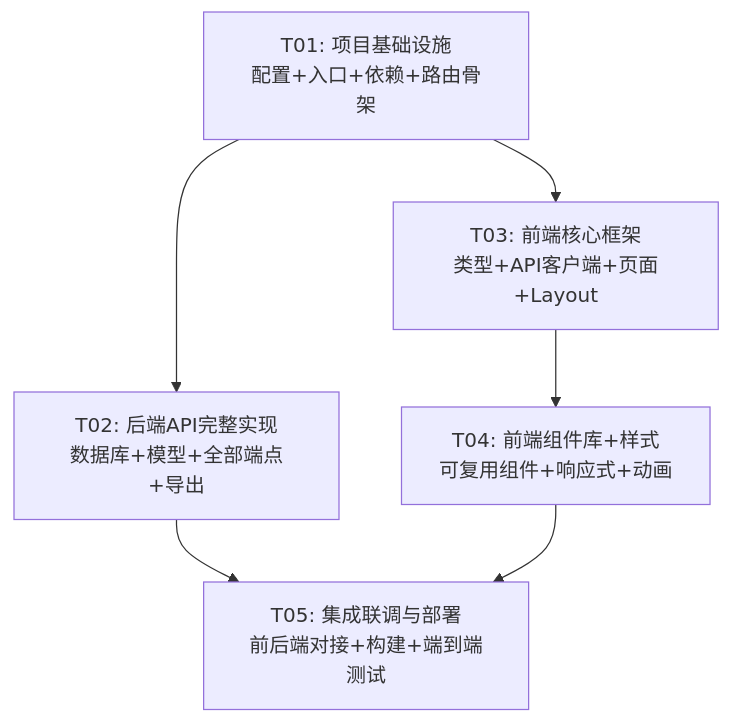
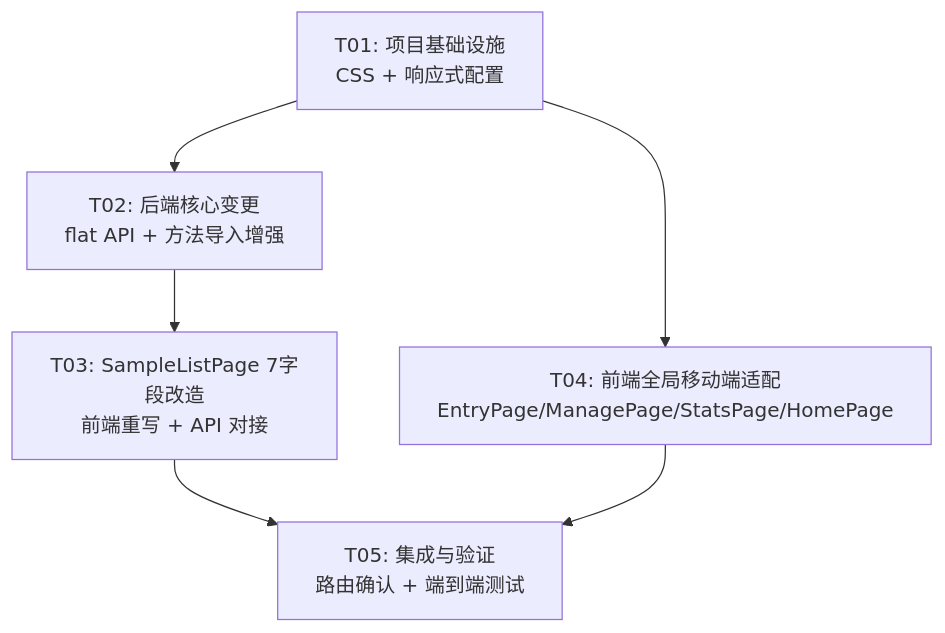
One commit to HotLL233/tj changed the diagram in docs/system_design.md. Above: the diagram before and after it, drawn with Mermaid. The commit also changed other lines of this file and 2277 other files, not shown here.

````diff
--- a/docs/system_design.md
+++ b/docs/system_design.md
@@ -724,14 +423,14 @@
 ```mermaid
 graph TD
-    T01["T01: 项目基础设施<br/>配置+入口+依赖+路由骨架"]
-    T02["T02: 后端API完整实现<br/>数据库+模型+全部端点+导出"]
-    T03["T03: 前端核心框架<br/>类型+API客户端+页面+Layout"]
-    T04["T04: 前端组件库+样式<br/>可复用组件+响应式+动画"]
-    T05["T05: 集成联调与部署<br/>前后端对接+构建+端到端测试"]
+    T01["T01: 项目基础设施<br/>CSS + 响应式配置"]
+    T02["T02: 后端核心变更<br/>flat API + 方法导入增强"]
+    T03["T03: SampleListPage 7字段改造<br/>前端重写 + API 对接"]
+    T04["T04: 前端全局移动端适配<br/>EntryPage/ManagePage/StatsPage/HomePage"]
+    T05["T05: 集成与验证<br/>路由确认 + 端到端测试"]
 
     T01 --> T02
-    T01 --> T03
-    T03 --> T04
-    T02 --> T05
+    T01 --> T04
+    T02 --> T03
+    T03 --> T05
     T04 --> T05
 ```
````
